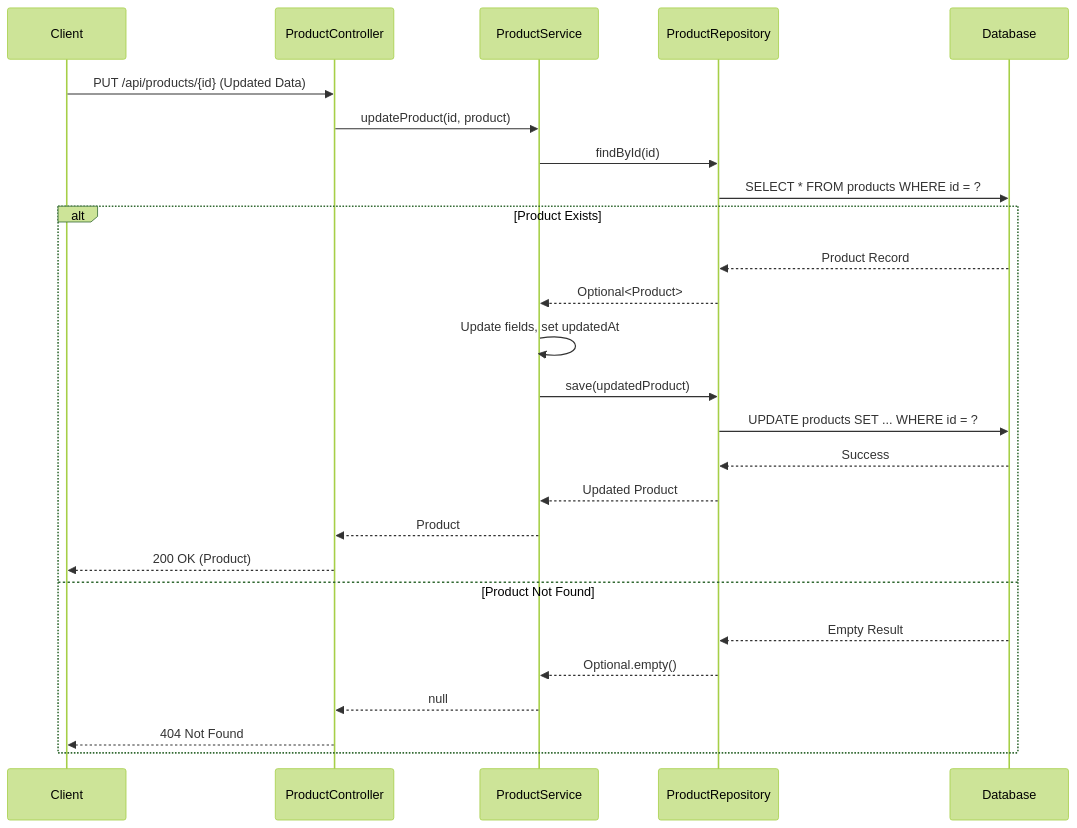
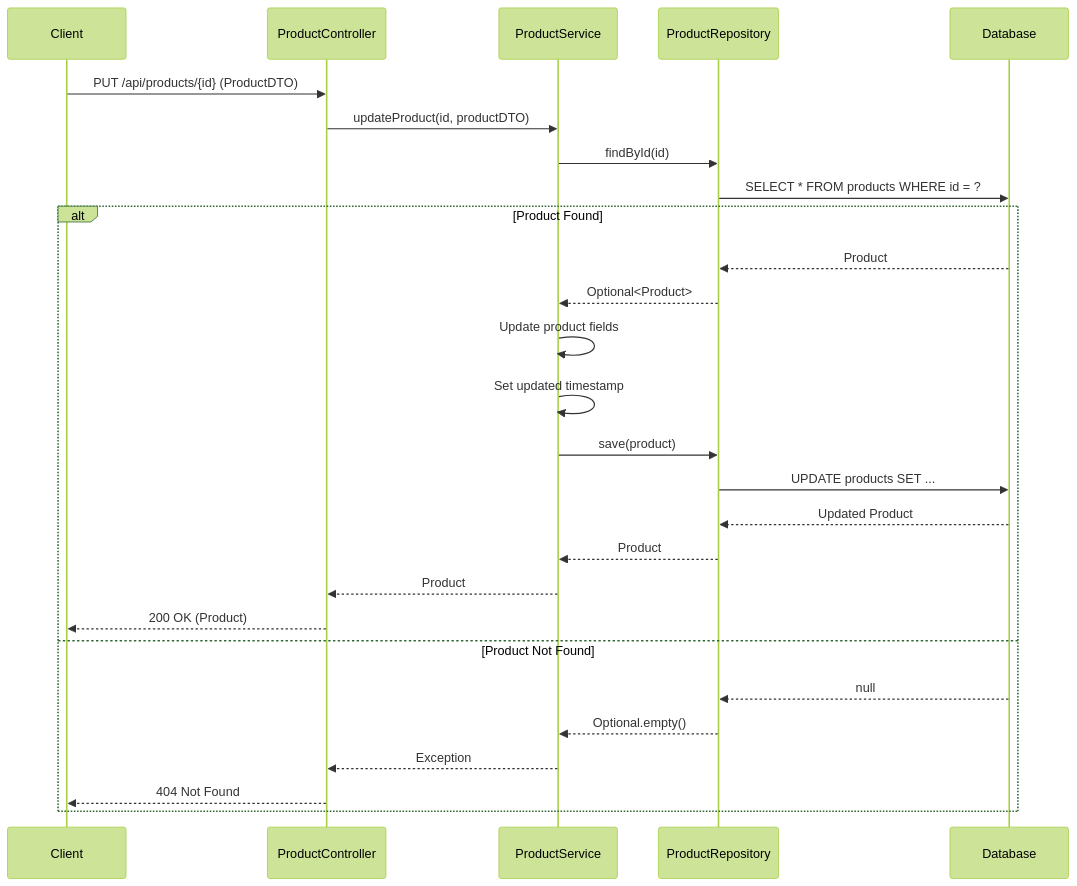
Before and after one commit to NavneetBN47/aava-ecom-demo: the sixth of 13 diagrams in docs/LLD/modified_lld.md, drawn with Mermaid (forest theme). The commit also changed other lines of this file, not shown here.

````diff
--- a/docs/LLD/modified_lld.md
+++ b/docs/LLD/modified_lld.md
@@ -237,30 +260,31 @@
 ```mermaid
 sequenceDiagram
     participant Client
     participant ProductController
     participant ProductService
     participant ProductRepository
     participant Database
 
-    Client->>ProductController: PUT /api/products/{id} (Updated Data)
-    ProductController->>ProductService: updateProduct(id, product)
+    Client->>ProductController: PUT /api/products/{id} (ProductDTO)
+    ProductController->>ProductService: updateProduct(id, productDTO)
     ProductService->>ProductRepository: findById(id)
     ProductRepository->>Database: SELECT * FROM products WHERE id = ?
     
-    alt Product Exists
-        Database-->>ProductRepository: Product Record
+    alt Product Found
+        Database-->>ProductRepository: Product
         ProductRepository-->>ProductService: Optional<Product>
-        ProductService->>ProductService: Update fields, set updatedAt
-        ProductService->>ProductRepository: save(updatedProduct)
-        ProductRepository->>Database: UPDATE products SET ... WHERE id = ?
-        Database-->>ProductRepository: Success
-        ProductRepository-->>ProductService: Updated Product
+        ProductService->>ProductService: Update product fields
+        ProductService->>ProductService: Set updated timestamp
+        ProductService->>ProductRepository: save(product)
+        ProductRepository->>Database: UPDATE products SET ...
+        Database-->>ProductRepository: Updated Product
+        ProductRepository-->>ProductService: Product
         ProductService-->>ProductController: Product
         ProductController-->>Client: 200 OK (Product)
     else Product Not Found
-        Database-->>ProductRepository: Empty Result
+        Database-->>ProductRepository: null
         ProductRepository-->>ProductService: Optional.empty()
-        ProductService-->>ProductController: null
+        ProductService-->>ProductController: Exception
         ProductController-->>Client: 404 Not Found
     end
 ```
````
